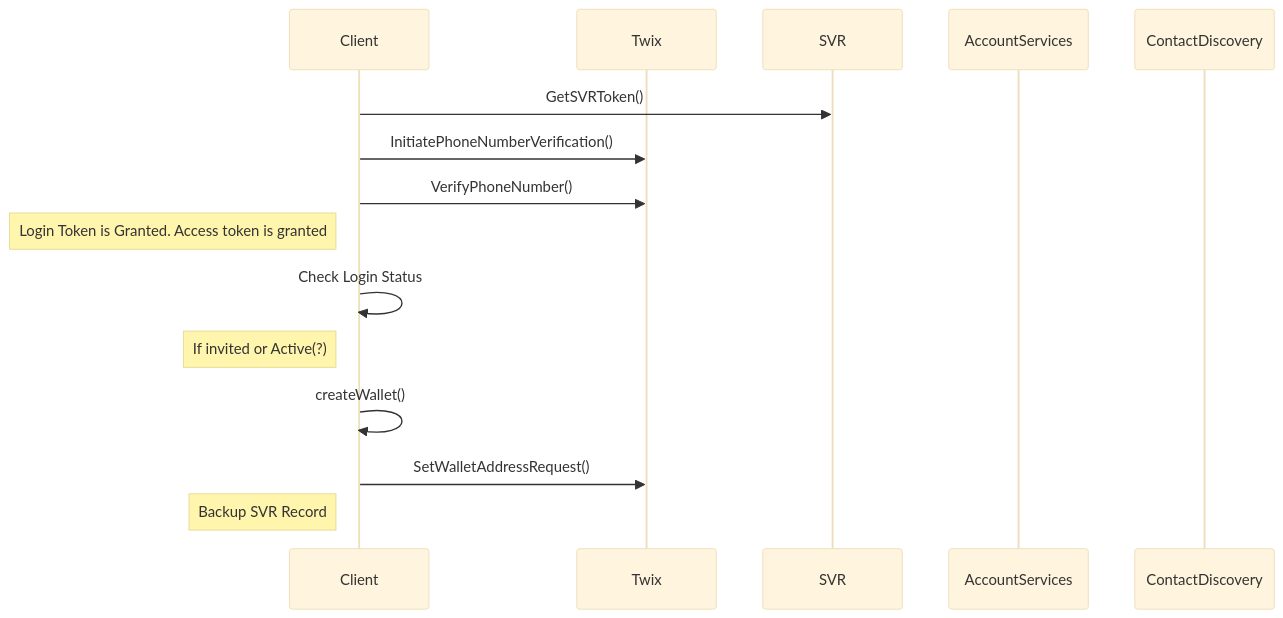
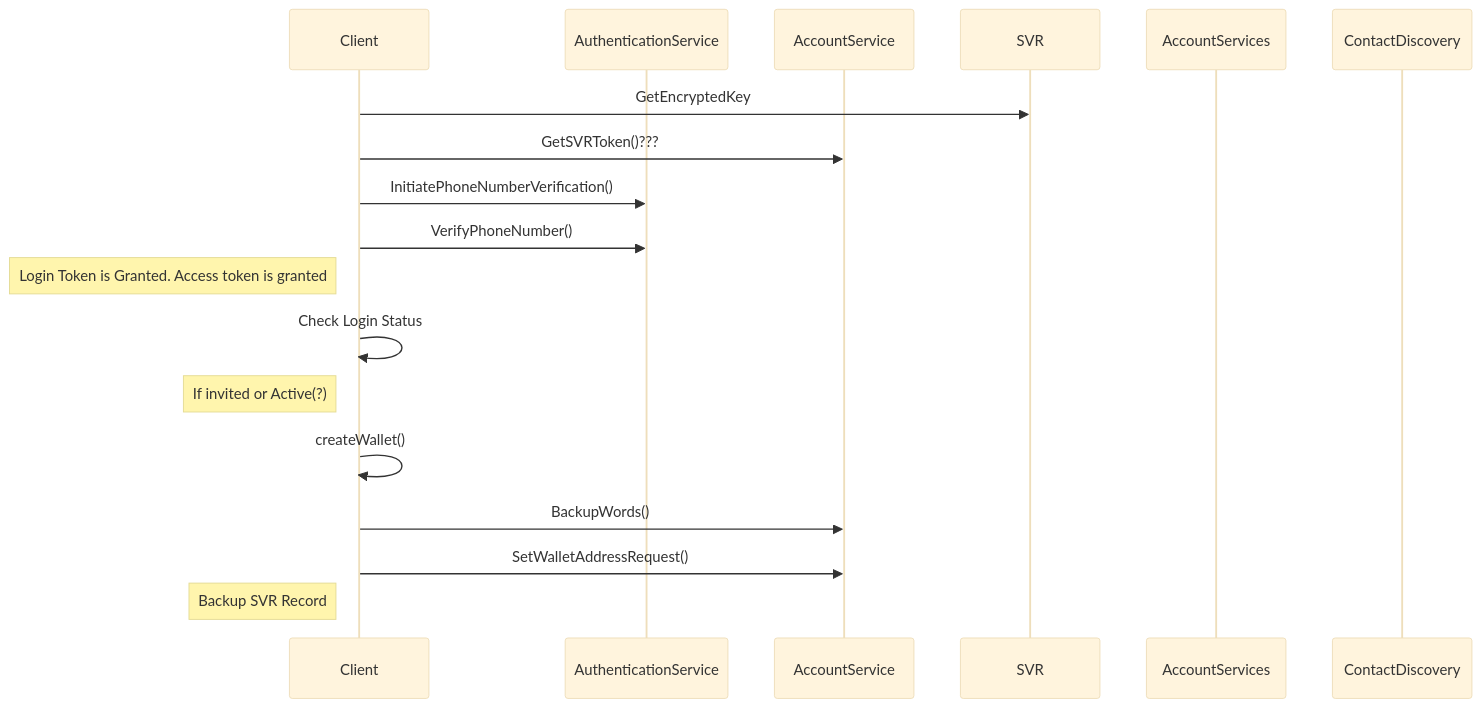
The first of 2 diagrams in testfile.MD (trunkafunk/trunkafunk), drawn with Mermaid (base theme) before and after one commit. The commit also changed other lines of this file, not shown here.

````diff
--- a/testfile.MD
+++ b/testfile.MD
@@ -4,23 +4,26 @@
 ```mermaid
 sequenceDiagram
     participant Client
-    participant Twix
+    participant AuthenticationService
+    participant AccountService
     participant SVR
-    Client->>SVR: GetSVRToken()
-    Client->>Twix: InitiatePhoneNumberVerification() 
-    Client->>Twix: VerifyPhoneNumber()
+    Client->>SVR: GetEncryptedKey
+    Client->>AccountService: GetSVRToken()???
+    Client->>AuthenticationService: InitiatePhoneNumberVerification() 
+    Client->>AuthenticationService: VerifyPhoneNumber()
     
     Note left of Client: Login Token is Granted. Access token is granted
     Client->>Client: Check Login Status
     Note left of Client: If invited or Active(?)
     Client->>Client: createWallet()
+    Client->>AccountService: BackupWords()
 
-    Client->>Twix:SetWalletAddressRequest()
+    Client->>AccountService:SetWalletAddressRequest()
     Note left of Client: Backup SVR Record    
     
     participant AccountServices
     participant ContactDiscovery
     
 
 
 ```
````
